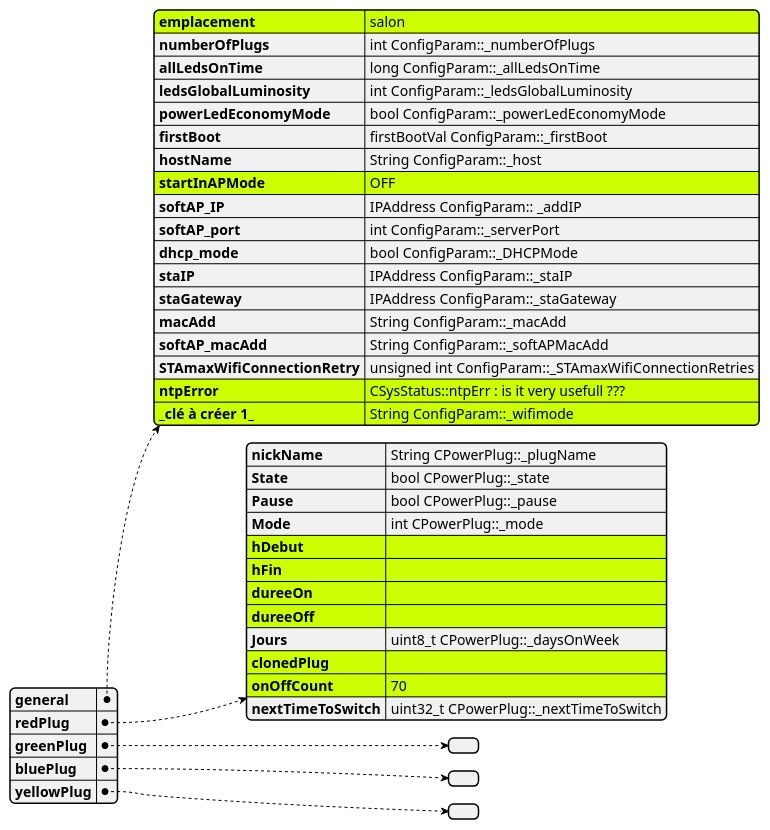
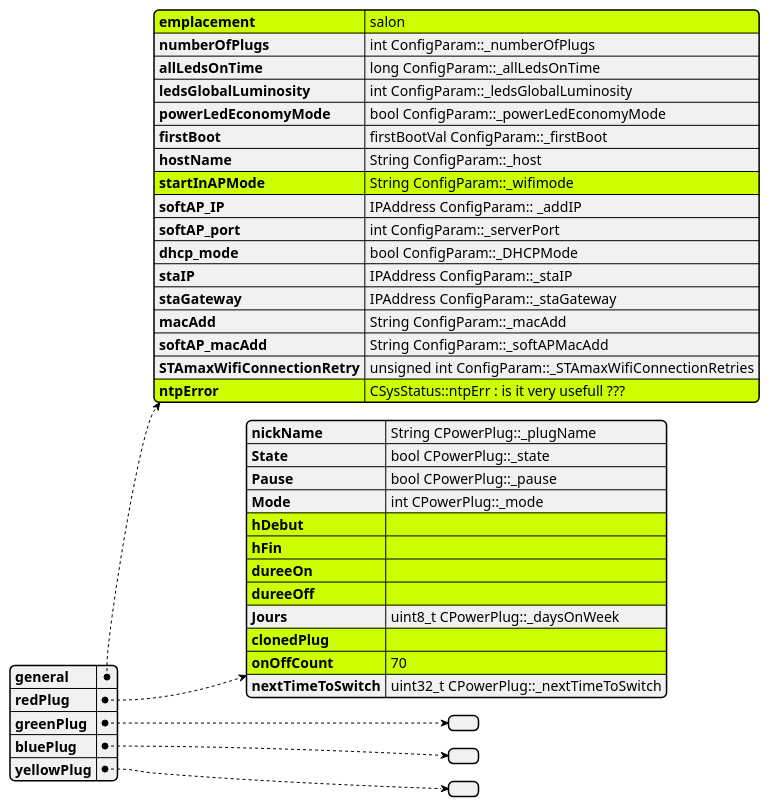
The diagram in _1_userDoc/source/graphviz/config4jsonVsVariables.wsd (volab/IoT_EPS), drawn with PlantUML before and after one commit. The commit also changed 7 other files, not shown here.

Commit message:
Read config param Ok

```diff
--- a/_1_userDoc/source/graphviz/config4jsonVsVariables.wsd
+++ b/_1_userDoc/source/graphviz/config4jsonVsVariables.wsd
@@ -1,57 +1,56 @@
 @startjson
 #highlight "general" / "emplacement"
 #highlight "general" / "ntpError"
 #highlight "general" / "_clé à créer 1_"
 #highlight "general" / "startInAPMode"
 #highlight "redPlug" / "hDebut"
 #highlight "redPlug" / "hFin"
 #highlight "redPlug" / "dureeOn"
 #highlight "redPlug" / "dureeOff"
 #highlight "redPlug" / "clonedPlug"
 #highlight "redPlug" / "onOffCount"
 
 {
   "general": {
     "emplacement": "salon",
     "numberOfPlugs": "int ConfigParam::_numberOfPlugs",
     "allLedsOnTime": "long ConfigParam::_allLedsOnTime",
     "ledsGlobalLuminosity": "int ConfigParam::_ledsGlobalLuminosity",
     "powerLedEconomyMode": "bool ConfigParam::_powerLedEconomyMode",
     "firstBoot": "firstBootVal ConfigParam::_firstBoot",
     "hostName": "String ConfigParam::_host",
-    "startInAPMode": "OFF",
+    "startInAPMode": "String ConfigParam::_wifimode",
     "softAP_IP": "IPAddress ConfigParam:: _addIP",
     "softAP_port": "int ConfigParam::_serverPort",
     "dhcp_mode": "bool ConfigParam::_DHCPMode",
     "staIP": "IPAddress ConfigParam::_staIP",
     "staGateway": "IPAddress ConfigParam::_staGateway",
     "macAdd": "String ConfigParam::_macAdd",
     "softAP_macAdd": "String ConfigParam::_softAPMacAdd",
     "STAmaxWifiConnectionRetry": "unsigned int ConfigParam::_STAmaxWifiConnectionRetries",
-    "ntpError": "CSysStatus::ntpErr : is it very usefull ???",
-    "_clé à créer 1_":"String ConfigParam::_wifimode"
+    "ntpError": "CSysStatus::ntpErr : is it very usefull ???"
     
   },
   "redPlug": {
     "nickName": "String CPowerPlug::_plugName",
     "State": "bool CPowerPlug::_state",
     "Pause": "bool CPowerPlug::_pause",
     "Mode": "int CPowerPlug::_mode",
     "hDebut": "",
     "hFin": "",
     "dureeOn": "",
     "dureeOff": "",
     "Jours": "uint8_t CPowerPlug::_daysOnWeek",
     "clonedPlug": "",
     "onOffCount": "70",
     "nextTimeToSwitch": "uint32_t CPowerPlug::_nextTimeToSwitch"
   },
   "greenPlug": {
   },
   "bluePlug": {
   },
   "yellowPlug": {
   }
 }
 
 @endjson
```
